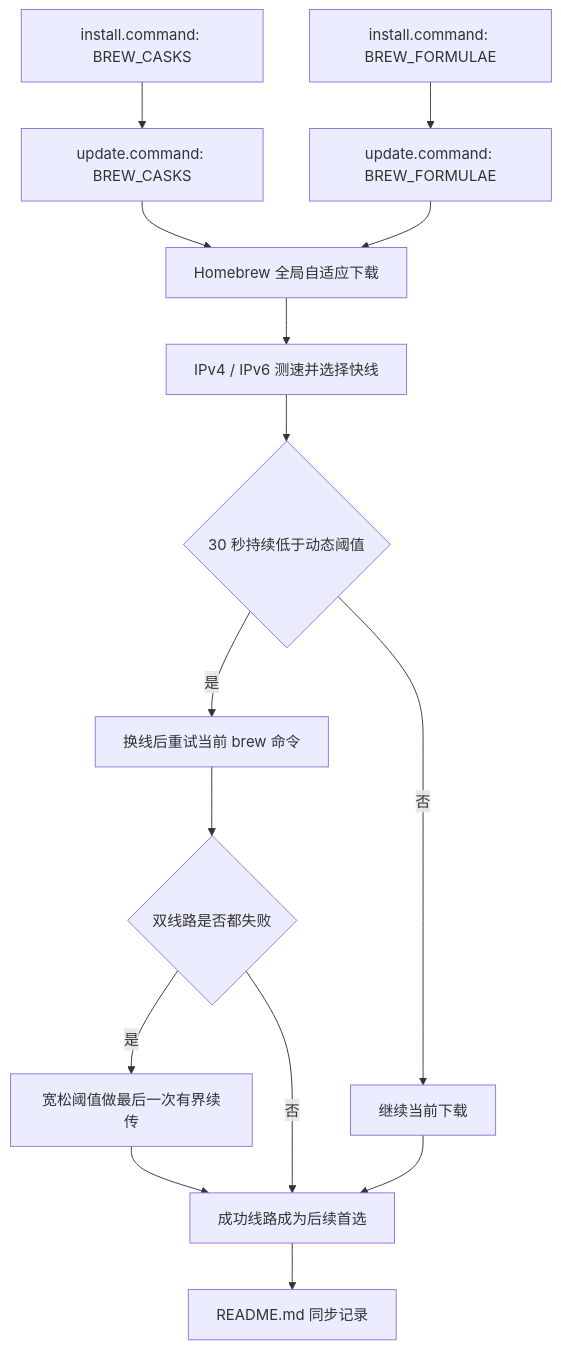
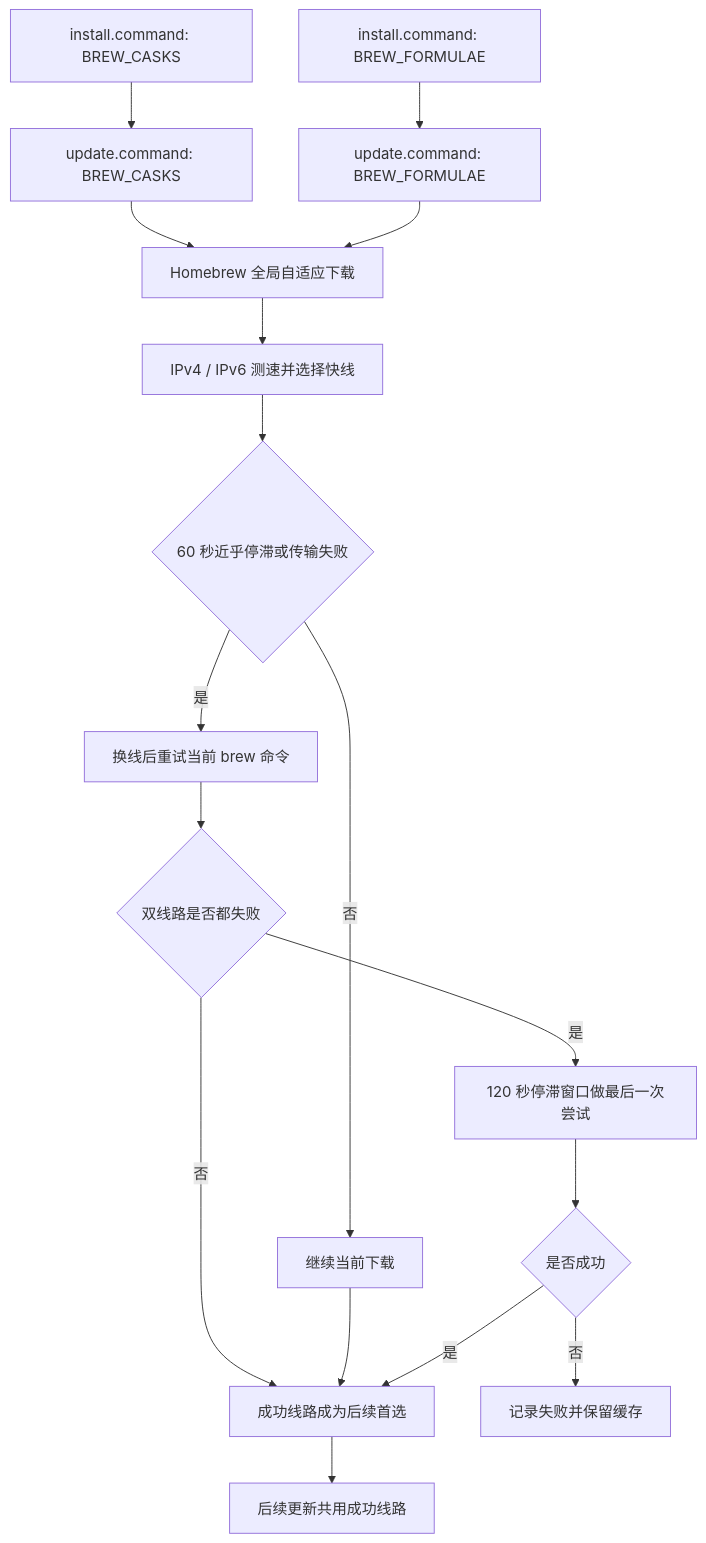
The second of 2 diagrams in scripts/update.command/README.md (JobsKits/JobsMacEnvVarConfigs), drawn with Mermaid before and after one commit. The commit also changed other lines of this file and 10 other files, not shown here.

````diff
--- a/scripts/update.command/README.md
+++ b/scripts/update.command/README.md
@@ -512,17 +548,19 @@
 ```mermaid
 flowchart TD
     A[install.command: BREW_CASKS] --> B[update.command: BREW_CASKS]
     C[install.command: BREW_FORMULAE] --> D[update.command: BREW_FORMULAE]
     B --> E[Homebrew 全局自适应下载]
     D --> E
     E --> F[IPv4 / IPv6 测速并选择快线]
-    F --> G{30 秒持续低于动态阈值}
+    F --> G{60 秒近乎停滞或传输失败}
     G -->|是| H[换线后重试当前 brew 命令]
     G -->|否| I[继续当前下载]
     H --> J{双线路是否都失败}
-    J -->|是| K[宽松阈值做最后一次有界续传]
+    J -->|是| K[120 秒停滞窗口做最后一次尝试]
     J -->|否| L[成功线路成为后续首选]
     I --> L
-    K --> L
-    L --> M[README.md 同步记录]
+    K --> N{是否成功}
+    N -->|是| L
+    N -->|否| O[记录失败并保留缓存]
+    L --> M[后续更新共用成功线路]
 ```
````
